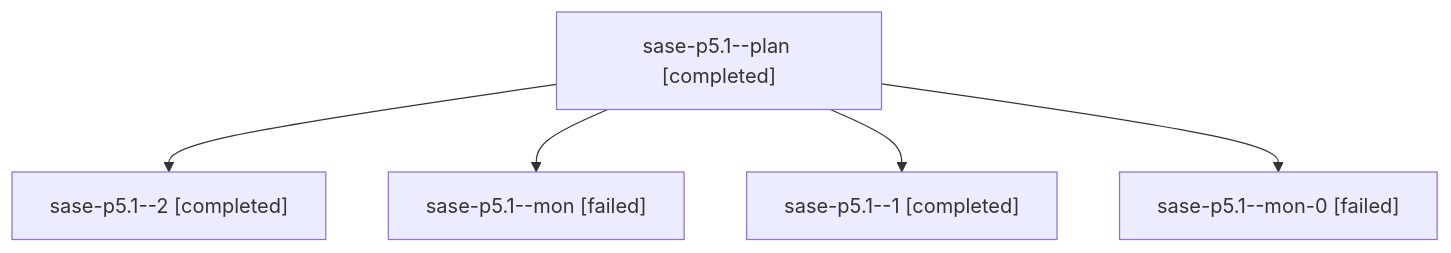
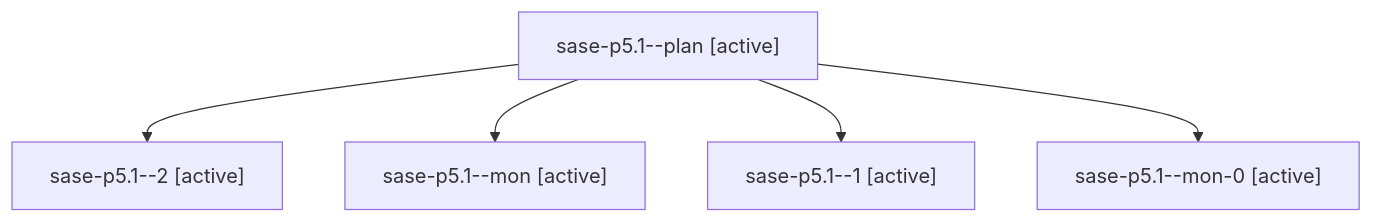
The diagram in families/bbugyi200.athena.sase-p5.1.md (sase-org/sase--agents), drawn with Mermaid before and after one commit. The commit also changed other lines of this file and 35830 other files, not shown here.

````diff
--- a/families/bbugyi200.athena.sase-p5.1.md
+++ b/families/bbugyi200.athena.sase-p5.1.md
@@ -9,12 +9,12 @@
 ```mermaid
 flowchart TD
-  n0["sase-p5.1--plan [completed]"]
-  n1["sase-p5.1--2 [completed]"]
+  n0["sase-p5.1--plan [active]"]
+  n1["sase-p5.1--2 [active]"]
   n0 --> n1
-  n2["sase-p5.1--mon [failed]"]
+  n2["sase-p5.1--mon [active]"]
   n0 --> n2
-  n3["sase-p5.1--1 [completed]"]
+  n3["sase-p5.1--1 [active]"]
   n0 --> n3
-  n4["sase-p5.1--mon-0 [failed]"]
+  n4["sase-p5.1--mon-0 [active]"]
   n0 --> n4
 ```
````
